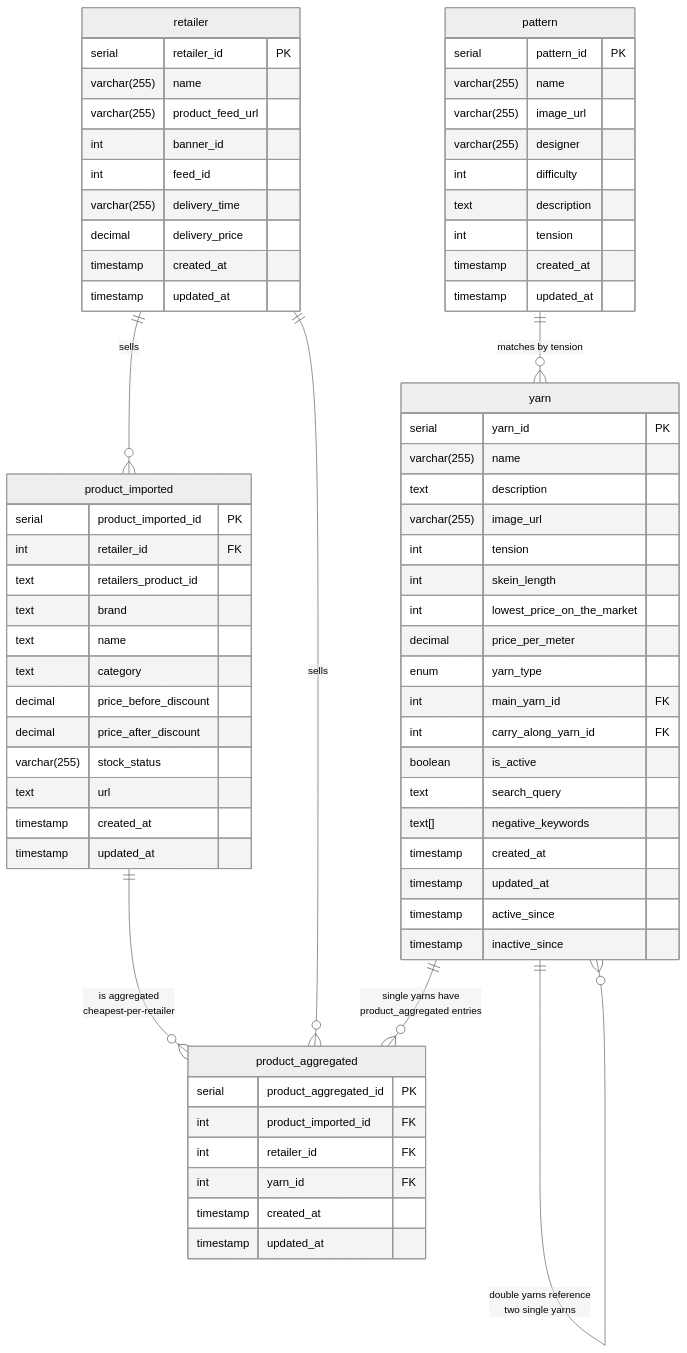
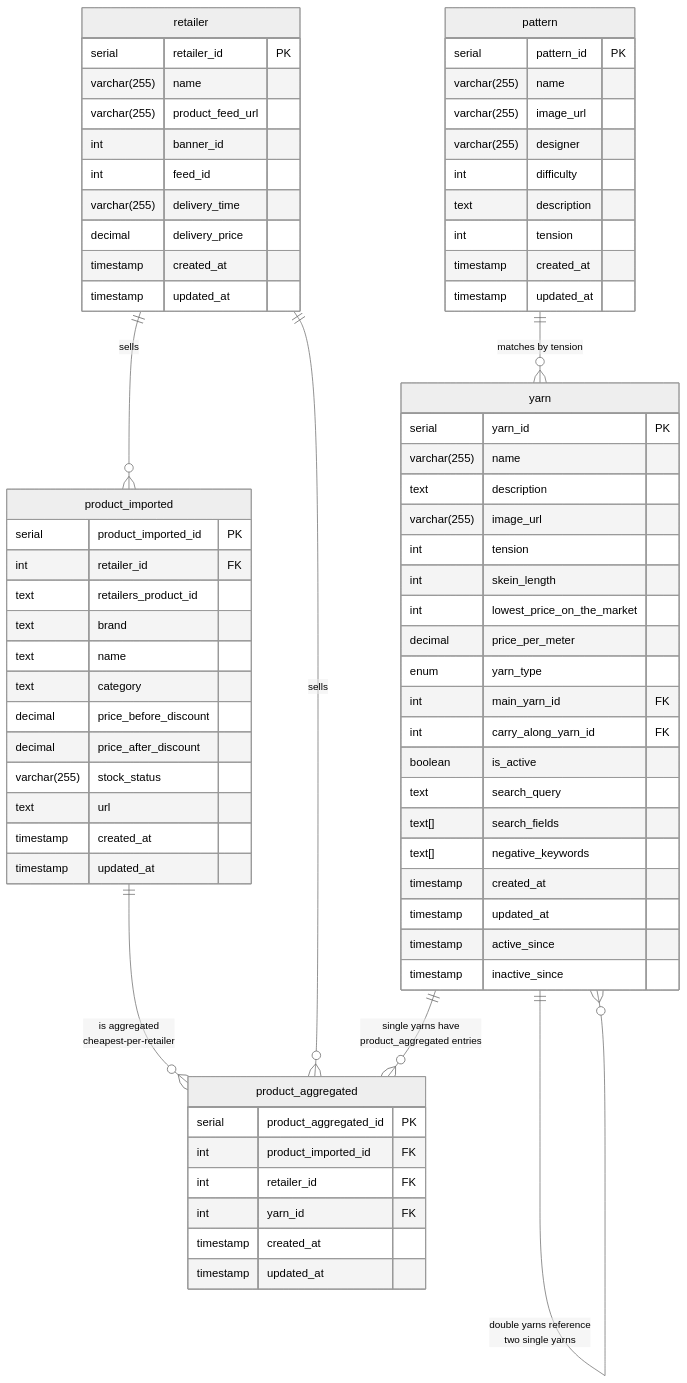
The diagram in backend/diagrams/er-diagram.md (rasmusbulriksen/garnalternativer.dk), drawn with Mermaid (neutral theme) before and after one commit. The commit also changed 5 other files, not shown here.

````diff
--- a/backend/diagrams/er-diagram.md
+++ b/backend/diagrams/er-diagram.md
@@ -3,78 +3,79 @@
 ```mermaid
 erDiagram
     retailer {
         serial retailer_id PK
         varchar(255) name
         varchar(255) product_feed_url
         int banner_id
         int feed_id
         varchar(255) delivery_time
         decimal delivery_price
         timestamp created_at
         timestamp updated_at
     }
 
     product_imported {
         serial product_imported_id PK
         int retailer_id FK
         text retailers_product_id
         text brand
         text name
         text category
         decimal price_before_discount
         decimal price_after_discount
         varchar(255) stock_status
         text url
         timestamp created_at
         timestamp updated_at
     }
 
     product_aggregated {
         serial product_aggregated_id PK
         int product_imported_id FK
         int retailer_id FK
         int yarn_id FK
         timestamp created_at
         timestamp updated_at
     }
 
     yarn {
         serial yarn_id PK
         varchar(255) name
         text description
         varchar(255) image_url
         int tension
         int skein_length
         int lowest_price_on_the_market
         decimal price_per_meter
         enum yarn_type
         int main_yarn_id FK
         int carry_along_yarn_id FK
         boolean is_active
         text search_query
+        text[] search_fields
         text[] negative_keywords
         timestamp created_at
         timestamp updated_at
         timestamp active_since
         timestamp inactive_since
     }
 
     pattern {
         serial pattern_id PK
         varchar(255) name
         varchar(255) image_url
         varchar(255) designer
         int difficulty
         text description
         int tension
         timestamp created_at
         timestamp updated_at
     }
 
     product_imported ||--o{ product_aggregated : "is aggregated <br>cheapest-per-retailer"
     retailer ||--o{ product_imported : "sells"
     retailer ||--o{ product_aggregated : "sells"
     yarn ||--o{ product_aggregated : "single yarns have <br>product_aggregated entries"
     yarn ||--o{ yarn : "double yarns reference <br>two single yarns"
     pattern ||--o{ yarn : "matches by tension"
 ```
````
